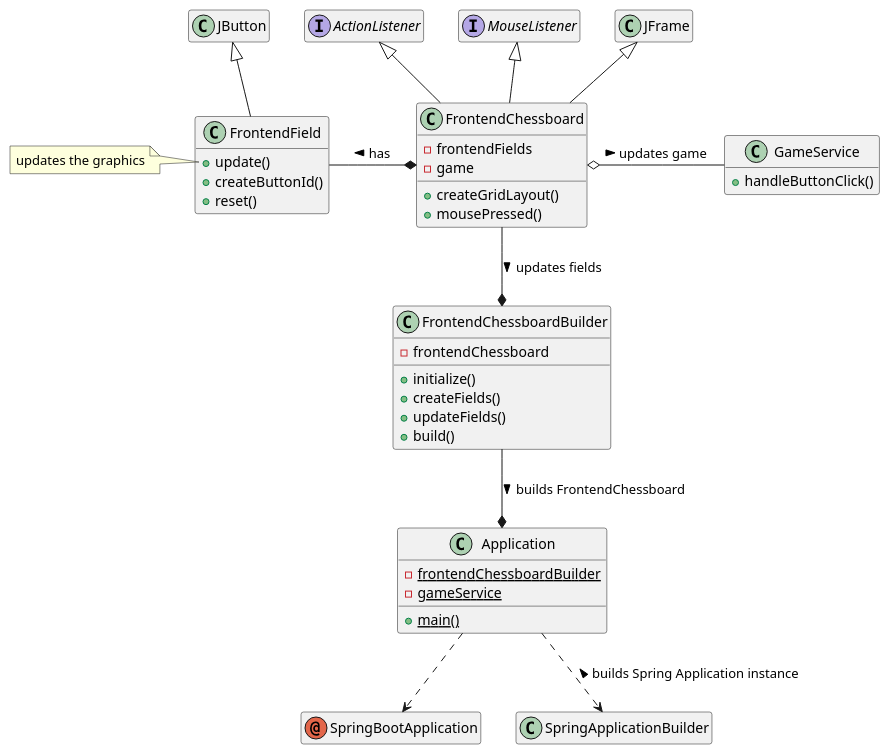
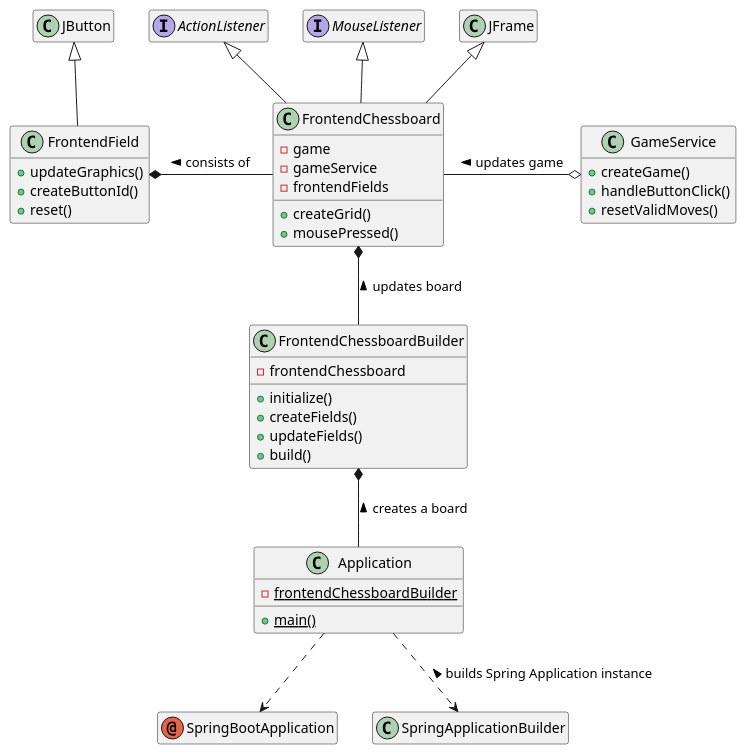
The diagram in game/src/main/resources/uml/frontend.puml (tiktaalick/chess-with-database), drawn with PlantUML before and after one commit. The commit also changed 7 other files, not shown here.

Commit message:
* Updated PlantUML class diagram describing the frontend.

```diff
--- a/game/src/main/resources/uml/frontend.puml
+++ b/game/src/main/resources/uml/frontend.puml
@@ -1,77 +1,72 @@
 @startuml
 
 '--------------'
 'Hidden members'
 '--------------'
 hide empty members
 
 '-----------'
 'Annotations'
 '-----------'
 annotation SpringBootApplication
 
 '-----------'
 'Application'
 '-----------'
 class Application {
     - {static} frontendChessboardBuilder
-    - {static} gameService
     + {static} main()
 }
 
 '-----'
 'Swing'
 '-----'
 interface ActionListener{
 }
 
 interface MouseListener{
 }
 
 class FrontendChessboard{
+    - game
+    - gameService
     - frontendFields
-    - game
-    + createGridLayout()
+    + createGrid()
     + mousePressed()
 }
 
 class FrontendChessboardBuilder {
     - frontendChessboard
     + initialize()
     + createFields()
     + updateFields()
     + build()
 }
 
 class FrontendField {
-    + update()
+    + updateGraphics()
     + createButtonId()
     + reset()
 }
 
 class GameService {
+    + createGame()
     + handleButtonClick()
+    + resetValidMoves()
 }
 
 '---------'
 'Relations'
 '---------'
 JFrame <|-- FrontendChessboard
 JButton <|-- FrontendField
 ActionListener <|-- FrontendChessboard
 MouseListener <|-- FrontendChessboard
-FrontendChessboard o-right- GameService : updates game >
-FrontendChessboard --* FrontendChessboardBuilder : updates fields >
-FrontendChessboard *-left- FrontendField : has >
-FrontendChessboardBuilder --* Application : builds FrontendChessboard >
+FrontendChessboard *-- FrontendChessboardBuilder : < updates board
+FrontendChessboard -left-* FrontendField : consists of >
+FrontendChessboard -right-o GameService : < updates game
+FrontendChessboardBuilder *-- Application : < creates a board
 Application ..> SpringBootApplication
 Application ..> SpringApplicationBuilder : < builds Spring Application instance
 
-'-----'
-'Notes'
-'-----'
-note left of FrontendField::update
-    updates the graphics
-end note
-
 @enduml
```
